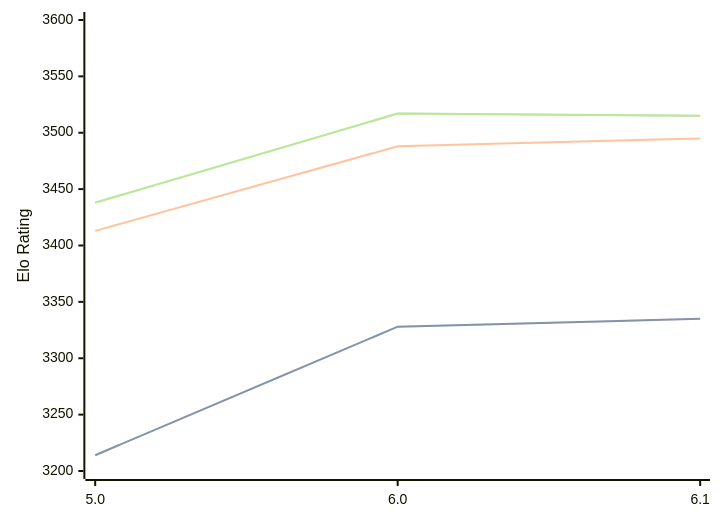
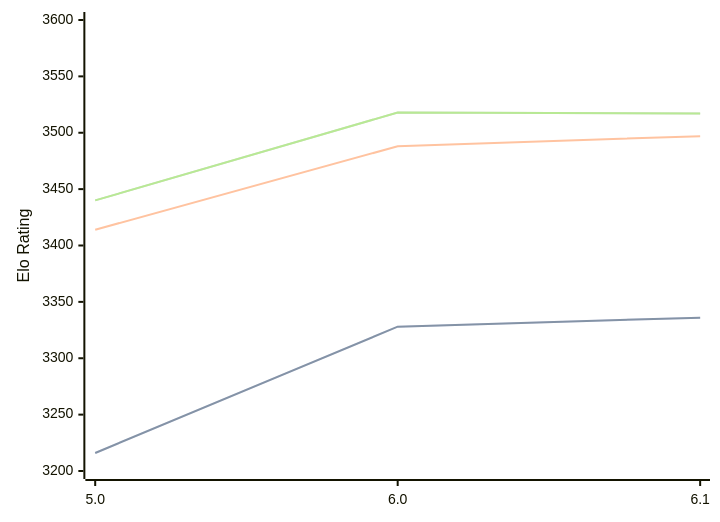
Before and after one commit to computer-chess-index/cci: the diagram in engines/Starzix.md, drawn with Mermaid. The commit also changed other lines of this file, not shown here.

Commit message:
Update CCI Ratings (ELO VLTC) - 2026-09-13

````diff
--- a/engines/Starzix.md
+++ b/engines/Starzix.md
@@ -33,11 +33,11 @@
 ```mermaid
 %%{init: {"theme":"base","themeVariables":{"seriesColors:['#a3a3a3','#222221','#faa371']}}}%%
 xychart-beta
   x-axis ["5.0", "6.0", "6.1"]
   y-axis "Elo Rating" 3200 --> 3600
-  line "" [3214, 3328, 3335]
-  line "STC (8.0+0.08s)" [3214, 3328, 3335]
-  line "LTC (60.0+0.60s)" [3413, 3488, 3495]
-  line "" [3438, 3517, 3515]
-  line "VLTC (2m24s+1.12s)" [3438, 3517, 3515]
+  line "" [3216, 3328, 3336]
+  line "STC (8.0+0.08s)" [3216, 3328, 3336]
+  line "LTC (60.0+0.60s)" [3414, 3488, 3497]
+  line "" [3440, 3518, 3517]
+  line "VLTC (2m24s+1.12s)" [3440, 3518, 3517]
 ```
````
